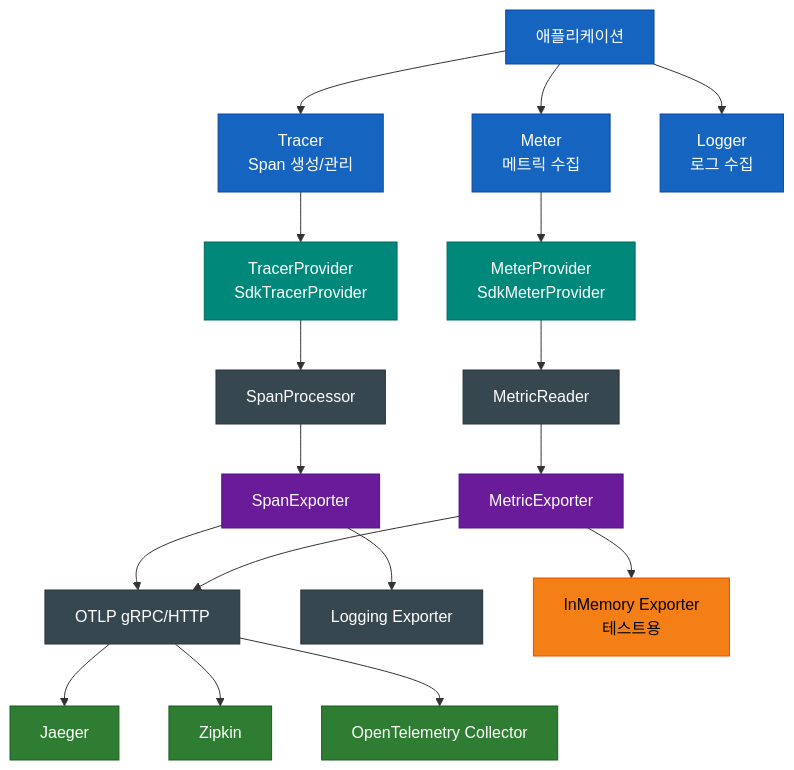
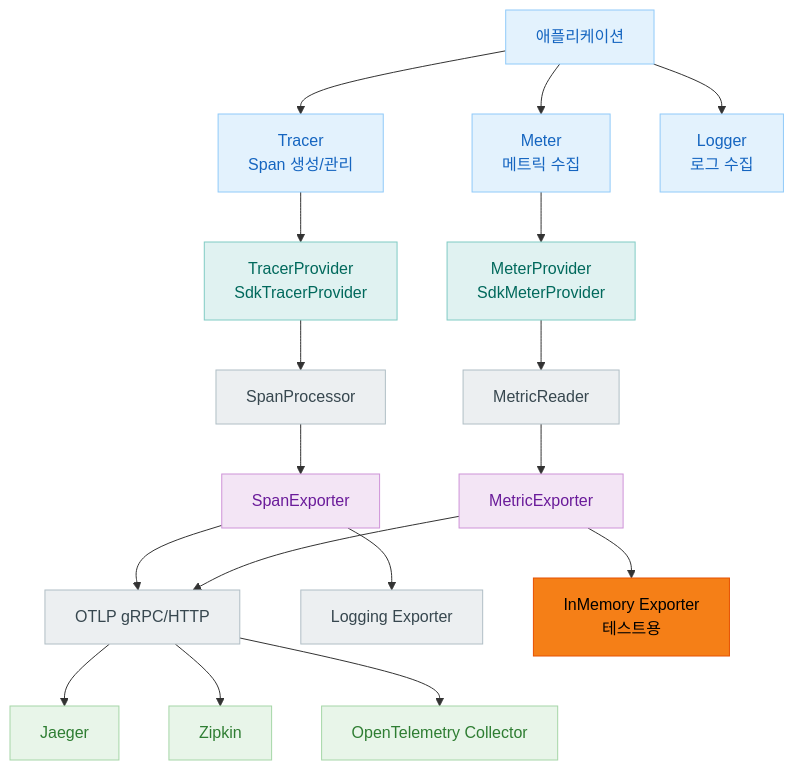
The second of 4 diagrams in infra/opentelemetry/README.ko.md (bluetape4k/bluetape4k-projects), drawn with Mermaid before and after one commit. The commit also changed other lines of this file and 219 other files, not shown here.

First line of the commit message:
docs: 전체 README Mermaid 다이어그램 가이드 적용

````diff
--- a/infra/opentelemetry/README.ko.md
+++ b/infra/opentelemetry/README.ko.md
@@ -324,47 +324,47 @@
 ```mermaid
 flowchart TD
     App[애플리케이션] --> Tracer[Tracer<br/>Span 생성/관리]
     App --> Meter[Meter<br/>메트릭 수집]
     App --> Logger[Logger<br/>로그 수집]
 
     Tracer --> TP[TracerProvider<br/>SdkTracerProvider]
     Meter --> MP[MeterProvider<br/>SdkMeterProvider]
 
     TP --> SP[SpanProcessor]
     SP --> SE[SpanExporter]
 
     MP --> MR[MetricReader]
     MR --> ME[MetricExporter]
 
     SE --> OTLP[OTLP gRPC/HTTP]
     SE --> LogExp[Logging Exporter]
     ME --> OTLP
     ME --> InMem[InMemory Exporter<br/>테스트용]
 
     OTLP --> Jaeger[Jaeger]
     OTLP --> Zipkin[Zipkin]
     OTLP --> OtelCol[OpenTelemetry Collector]
 
-    classDef appStyle fill:#1565C0,stroke:#0D47A1,color:#FFFFFF
-    classDef providerStyle fill:#00897B,stroke:#00695C,color:#FFFFFF
-    classDef processorStyle fill:#37474F,stroke:#263238,color:#FFFFFF
-    classDef exporterStyle fill:#6A1B9A,stroke:#4A148C,color:#FFFFFF
-    classDef backendStyle fill:#2E7D32,stroke:#1B5E20,color:#FFFFFF
+    classDef appStyle fill:#E3F2FD,stroke:#90CAF9,color:#1565C0
+    classDef providerStyle fill:#E0F2F1,stroke:#80CBC4,color:#00695C
+    classDef processorStyle fill:#ECEFF1,stroke:#B0BEC5,color:#37474F
+    classDef exporterStyle fill:#F3E5F5,stroke:#CE93D8,color:#6A1B9A
+    classDef backendStyle fill:#E8F5E9,stroke:#A5D6A7,color:#2E7D32
 
-    style App fill:#1565C0,stroke:#0D47A1,color:#FFFFFF
-    style Tracer fill:#1565C0,stroke:#0D47A1,color:#FFFFFF
-    style Meter fill:#1565C0,stroke:#0D47A1,color:#FFFFFF
-    style Logger fill:#1565C0,stroke:#0D47A1,color:#FFFFFF
-    style TP fill:#00897B,stroke:#00695C,color:#FFFFFF
-    style MP fill:#00897B,stroke:#00695C,color:#FFFFFF
-    style SP fill:#37474F,stroke:#263238,color:#FFFFFF
-    style MR fill:#37474F,stroke:#263238,color:#FFFFFF
-    style SE fill:#6A1B9A,stroke:#4A148C,color:#FFFFFF
-    style ME fill:#6A1B9A,stroke:#4A148C,color:#FFFFFF
-    style OTLP fill:#37474F,stroke:#263238,color:#FFFFFF
-    style LogExp fill:#37474F,stroke:#263238,color:#FFFFFF
+    style App fill:#E3F2FD,stroke:#90CAF9,color:#1565C0
+    style Tracer fill:#E3F2FD,stroke:#90CAF9,color:#1565C0
+    style Meter fill:#E3F2FD,stroke:#90CAF9,color:#1565C0
+    style Logger fill:#E3F2FD,stroke:#90CAF9,color:#1565C0
+    style TP fill:#E0F2F1,stroke:#80CBC4,color:#00695C
+    style MP fill:#E0F2F1,stroke:#80CBC4,color:#00695C
+    style SP fill:#ECEFF1,stroke:#B0BEC5,color:#37474F
+    style MR fill:#ECEFF1,stroke:#B0BEC5,color:#37474F
+    style SE fill:#F3E5F5,stroke:#CE93D8,color:#6A1B9A
+    style ME fill:#F3E5F5,stroke:#CE93D8,color:#6A1B9A
+    style OTLP fill:#ECEFF1,stroke:#B0BEC5,color:#37474F
+    style LogExp fill:#ECEFF1,stroke:#B0BEC5,color:#37474F
     style InMem fill:#F57F17,stroke:#E65100,color:#000000
-    style OtelCol fill:#2E7D32,stroke:#1B5E20,color:#FFFFFF
-    style Jaeger fill:#2E7D32,stroke:#1B5E20,color:#FFFFFF
-    style Zipkin fill:#2E7D32,stroke:#1B5E20,color:#FFFFFF
+    style OtelCol fill:#E8F5E9,stroke:#A5D6A7,color:#2E7D32
+    style Jaeger fill:#E8F5E9,stroke:#A5D6A7,color:#2E7D32
+    style Zipkin fill:#E8F5E9,stroke:#A5D6A7,color:#2E7D32
 ```
````
